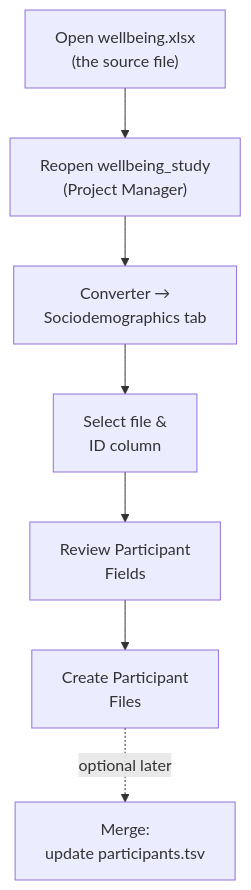
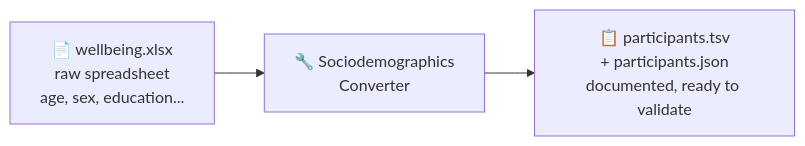
The diagram in docs/TUTORIAL_BEGINNER_2_PARTICIPANTS.md (MRI-Lab-Graz/prism-studio), drawn with Mermaid before and after one commit. The commit also changed 5 other files, not shown here.

First line of the commit message:
docs: replace per-chapter step flowcharts with input->tool->output diagrams (#126)

````diff
--- a/docs/TUTORIAL_BEGINNER_2_PARTICIPANTS.md
+++ b/docs/TUTORIAL_BEGINNER_2_PARTICIPANTS.md
@@ -25,9 +25,5 @@
 ```{mermaid}
-flowchart TD
-    A["Open wellbeing.xlsx<br/>(the source file)"] --> B["Reopen wellbeing_study<br/>(Project Manager)"]
-    B --> C["Converter →<br/>Sociodemographics tab"]
-    C --> D["Select file &<br/>ID column"]
-    D --> E["Review Participant<br/>Fields"]
-    E --> F["Create Participant<br/>Files"]
-    F -.optional later.-> G["Merge:<br/>update participants.tsv"]
+flowchart LR
+    A["📄 wellbeing.xlsx<br/>raw spreadsheet<br/>age, sex, education..."] --> B["🔧 Sociodemographics<br/>Converter"]
+    B --> C["📋 participants.tsv<br/>+ participants.json<br/>documented, ready to validate"]
 ```
````
